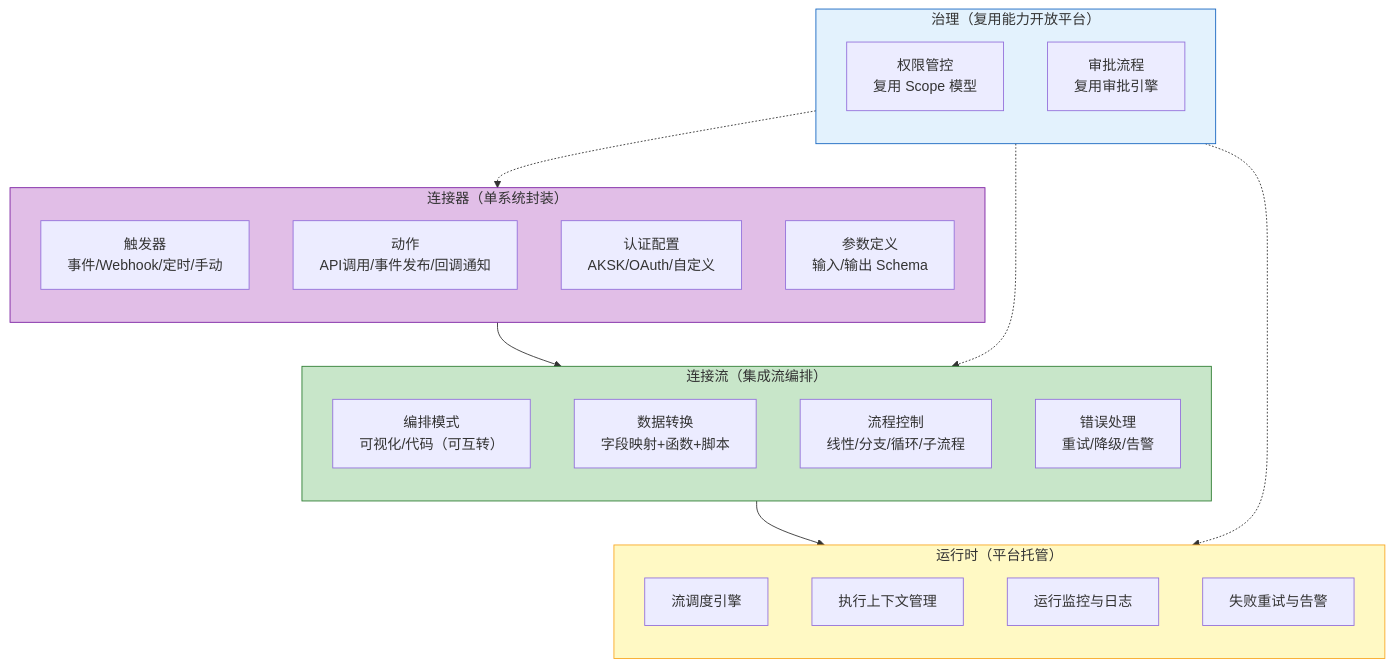
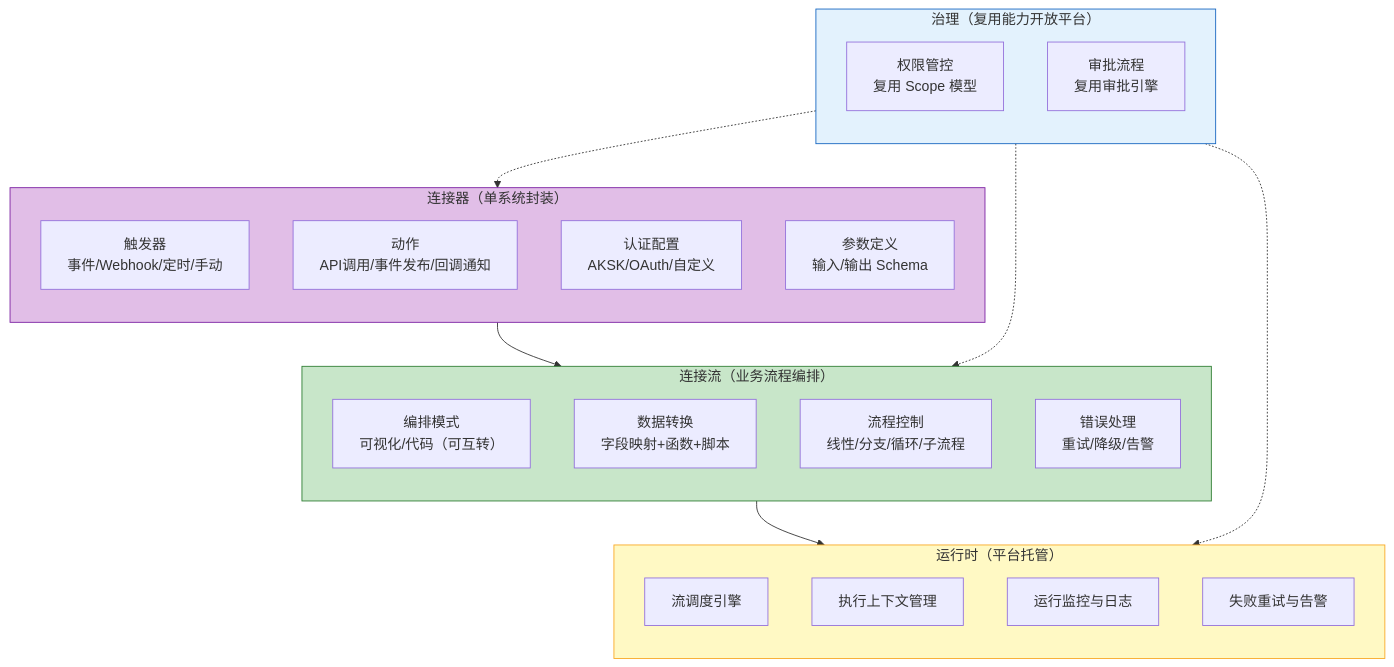
Before and after one commit to THZSummer/open-app: the fourth of 10 diagrams in .sddu/specs-tree-root/specs-tree-connector-platform/discovery-report.md, drawn with Mermaid. The commit also changed other lines of this file, not shown here.

First line of the commit message:
fix: 术语统一 — 全文'集成流'统一为'连接流'

````diff
--- a/.sddu/specs-tree-root/specs-tree-connector-platform/discovery-report.md
+++ b/.sddu/specs-tree-root/specs-tree-connector-platform/discovery-report.md
@@ -173,43 +173,43 @@
 ```mermaid
 flowchart TB
     subgraph Connector["连接器（单系统封装）"]
         direction TB
         CT[触发器<br/>事件/Webhook/定时/手动]
         CA[动作<br/>API调用/事件发布/回调通知]
         CAuth[认证配置<br/>AKSK/OAuth/自定义]
         CSchema[参数定义<br/>输入/输出 Schema]
     end
     
-    subgraph Flow["连接流（集成流编排）"]
+    subgraph Flow["连接流（业务流程编排）"]
         direction TB
         FEdit[编排模式<br/>可视化/代码（可互转）]
         FTrans[数据转换<br/>字段映射+函数+脚本]
         FCtrl[流程控制<br/>线性/分支/循环/子流程]
         FError[错误处理<br/>重试/降级/告警]
     end
     
     subgraph Runtime["运行时（平台托管）"]
         direction TB
         RSchedule[流调度引擎]
         RExec[执行上下文管理]
         RMonitor[运行监控与日志]
         RRetry[失败重试与告警]
     end
     
     subgraph Governance["治理（复用能力开放平台）"]
         direction TB
         GPerm[权限管控<br/>复用 Scope 模型]
         GApproval[审批流程<br/>复用审批引擎]
     end
     
     Connector --> Flow
     Flow --> Runtime
     Governance -.-> Connector
     Governance -.-> Flow
     Governance -.-> Runtime
     
     style Connector fill:#e1bee7,stroke:#7b1fa2
     style Flow fill:#c8e6c9,stroke:#2e7d32
     style Runtime fill:#fff9c4,stroke:#f9a825
     style Governance fill:#e3f2fd,stroke:#1565c0
 ```
````
